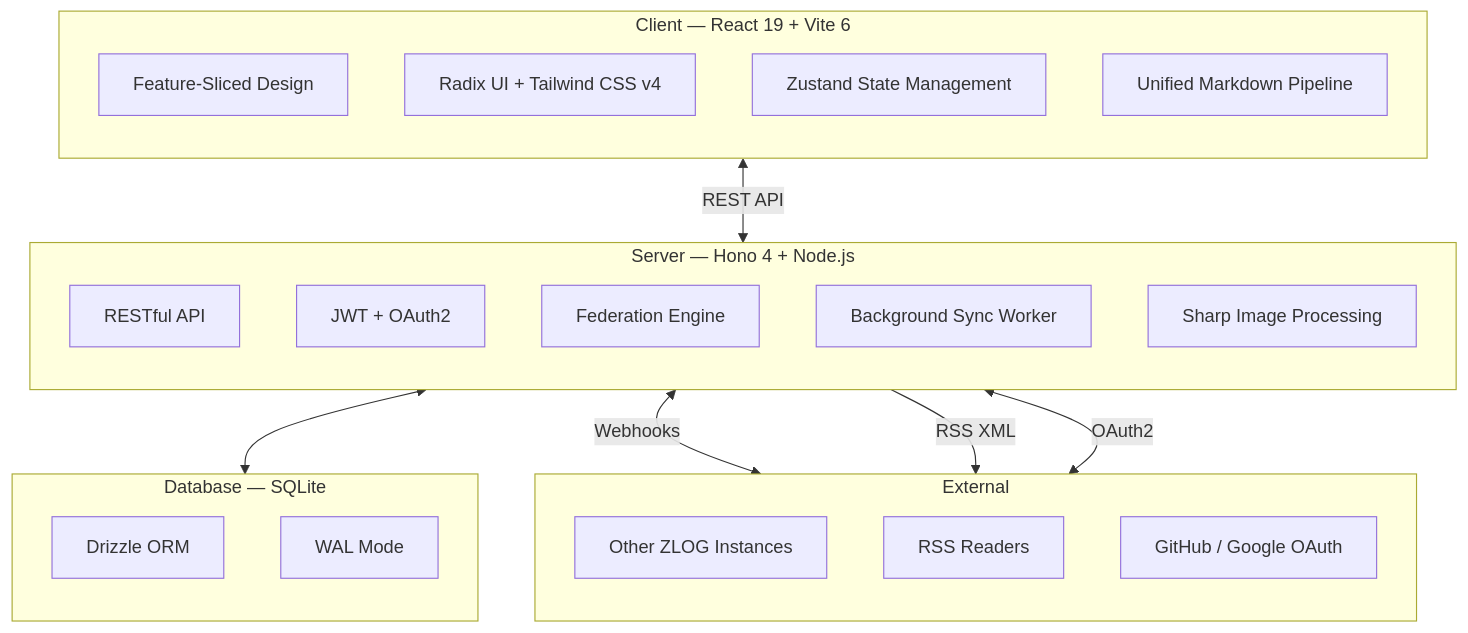
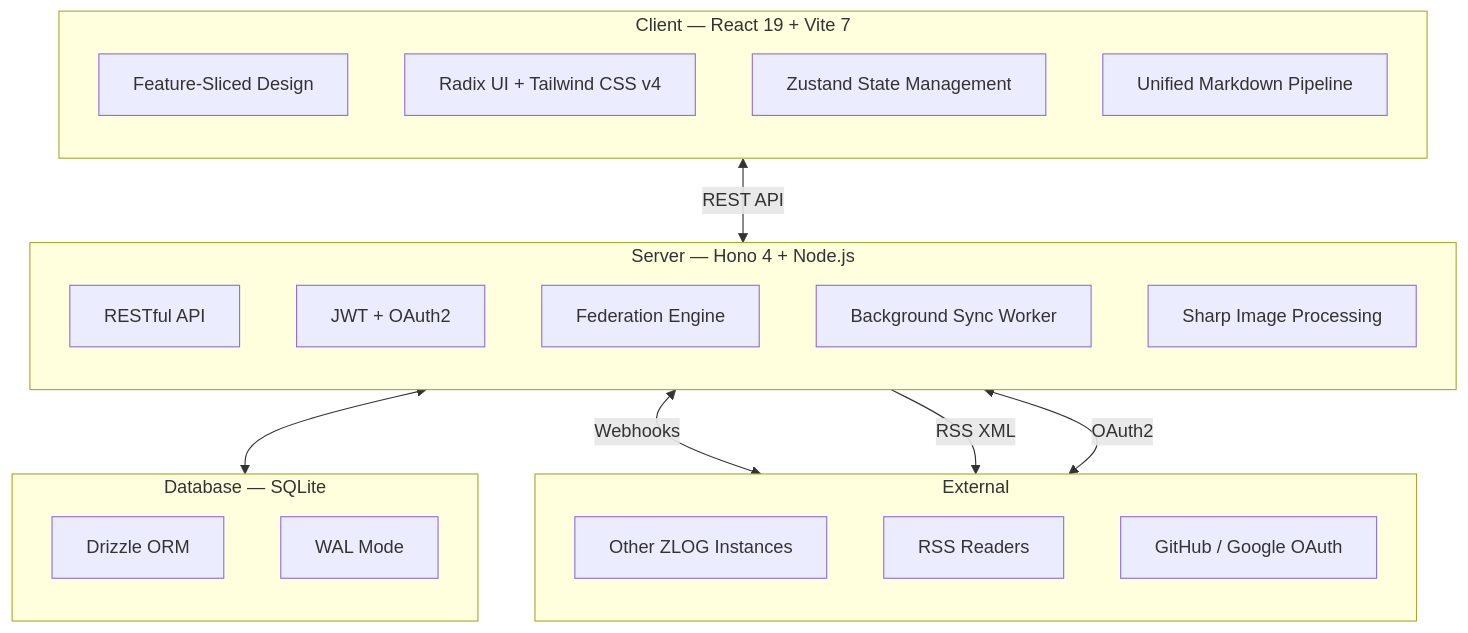
Before and after one commit to zebra0303/zlog: the fourth of 4 diagrams in README.md, drawn with Mermaid. The commit also changed other lines of this file and 1 other file, not shown here.

First line of the commit message:
docs: update system architecture and feature list

````diff
--- a/README.md
+++ b/README.md
@@ -284,38 +290,38 @@
 ```mermaid
 flowchart TB
-    subgraph client [Client — React 19 + Vite 6]
+    subgraph client [Client — React 19 + Vite 7]
         direction TB
         FSD[Feature-Sliced Design]
         UI[Radix UI + Tailwind CSS v4]
         State[Zustand State Management]
         MD[Unified Markdown Pipeline]
     end
 
     subgraph server [Server — Hono 4 + Node.js]
         direction TB
         API[RESTful API]
         Auth[JWT + OAuth2]
         Fed[Federation Engine]
         Sync[Background Sync Worker]
         Img[Sharp Image Processing]
     end
 
     subgraph db [Database — SQLite]
         direction TB
         Drizzle[Drizzle ORM]
         WAL[WAL Mode]
     end
 
     subgraph external [External]
         direction TB
         OtherZlog[Other ZLOG Instances]
         RSSReaders[RSS Readers]
         OAuth[GitHub / Google OAuth]
     end
 
     client <-->|REST API| server
     server <--> db
     server <-->|Webhooks| OtherZlog
     server -->|RSS XML| RSSReaders
     server <-->|OAuth2| OAuth
 ```
````
